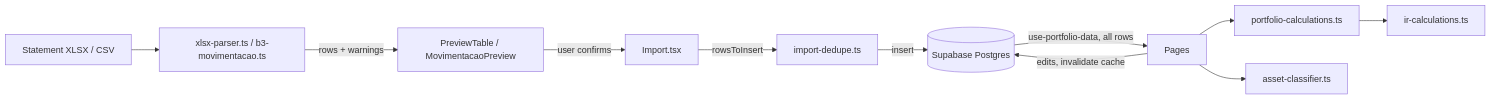
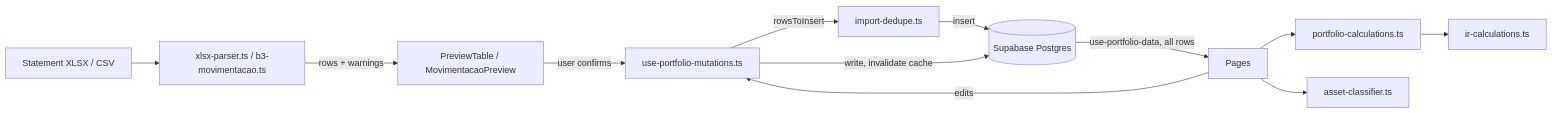
One commit to joao-sallaberry/portfolio-tracker changed the diagram in ARCHITECTURE.md. Above: the diagram before and after it, drawn with Mermaid. The commit also changed other lines of this file and 5 other files, not shown here.

````diff
--- a/ARCHITECTURE.md
+++ b/ARCHITECTURE.md
@@ -412,13 +412,14 @@
 ```mermaid
 graph LR
     A[Statement XLSX / CSV] --> B[xlsx-parser.ts / b3-movimentacao.ts]
     B -->|rows + warnings| C[PreviewTable / MovimentacaoPreview]
-    C -->|user confirms| D[Import.tsx]
+    C -->|user confirms| D[use-portfolio-mutations.ts]
     D -->|rowsToInsert| DD[import-dedupe.ts]
     DD -->|insert| E[(Supabase Postgres)]
     E -->|use-portfolio-data, all rows| F[Pages]
-    F -->|edits, invalidate cache| E
+    F -->|edits| D
+    D -->|write, invalidate cache| E
     F --> P[portfolio-calculations.ts]
     P --> IR[ir-calculations.ts]
     F --> G[asset-classifier.ts]
 ```
````
